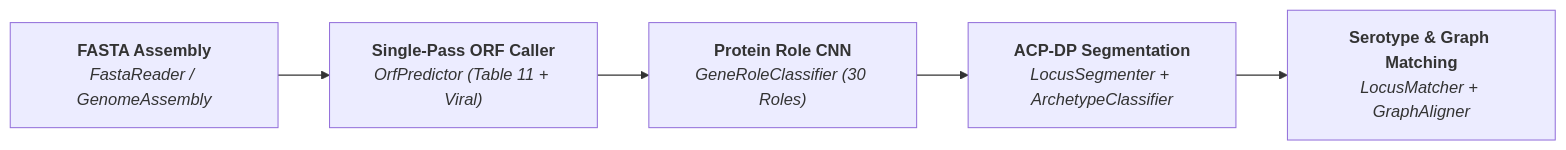
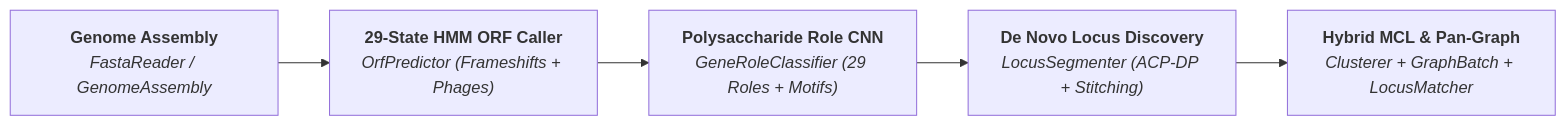
The diagram in docs/index.md (SeroVerse/SeroGen), drawn with Mermaid before and after one commit. The commit also changed other lines of this file and 22 other files, not shown here.

````diff
--- a/docs/index.md
+++ b/docs/index.md
@@ -55,10 +72,10 @@
 ```mermaid
 flowchart LR
-    FA["<b>FASTA Assembly</b><br/><i>FastaReader / GenomeAssembly</i>"]
-    ORF["<b>Single-Pass ORF Caller</b><br/><i>OrfPredictor (Table 11 + Viral)</i>"]
-    CNN["<b>Protein Role CNN</b><br/><i>GeneRoleClassifier (30 Roles)</i>"]
-    SEG["<b>ACP-DP Segmentation</b><br/><i>LocusSegmenter + ArchetypeClassifier</i>"]
-    MAT["<b>Serotype & Graph Matching</b><br/><i>LocusMatcher + GraphAligner</i>"]
+    FA["<b>Genome Assembly</b><br/><i>FastaReader / GenomeAssembly</i>"]
+    ORF["<b>29-State HMM ORF Caller</b><br/><i>OrfPredictor (Frameshifts + Phages)</i>"]
+    CNN["<b>Polysaccharide Role CNN</b><br/><i>GeneRoleClassifier (29 Roles + Motifs)</i>"]
+    SEG["<b>De Novo Locus Discovery</b><br/><i>LocusSegmenter (ACP-DP + Stitching)</i>"]
+    MCL["<b>Hybrid MCL & Pan-Graph</b><br/><i>Clusterer + GraphBatch + LocusMatcher</i>"]
 
-    FA --> ORF --> CNN --> SEG --> MAT
+    FA --> ORF --> CNN --> SEG --> MCL
 ```
````
